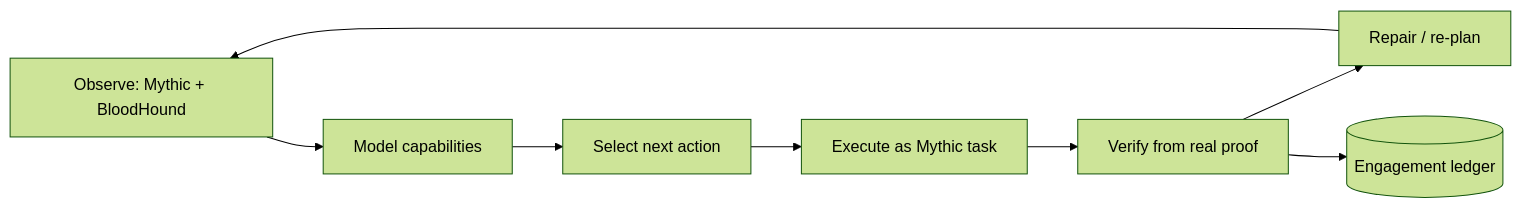
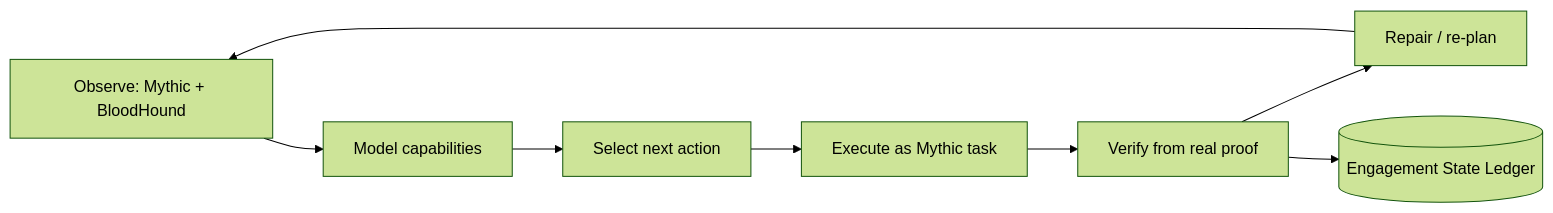
The diagram in README.md (MythicAgents/sage), drawn with Mermaid (forest theme) before and after one commit. The commit also changed other lines of this file and 6 other files, not shown here.

First line of the commit message:
Call the ledger the Engagement State Ledger throughout the docs

````diff
--- a/README.md
+++ b/README.md
@@ -93,10 +93,10 @@
 ```mermaid
 flowchart LR
     O[Observe: Mythic + BloodHound] --> M[Model capabilities]
     M --> S[Select next action]
     S --> E[Execute as Mythic task]
     E --> V[Verify from real proof]
     V --> R[Repair / re-plan]
     R --> O
-    V --> L[(Engagement ledger)]
+    V --> L[(Engagement State Ledger)]
 ```
````
